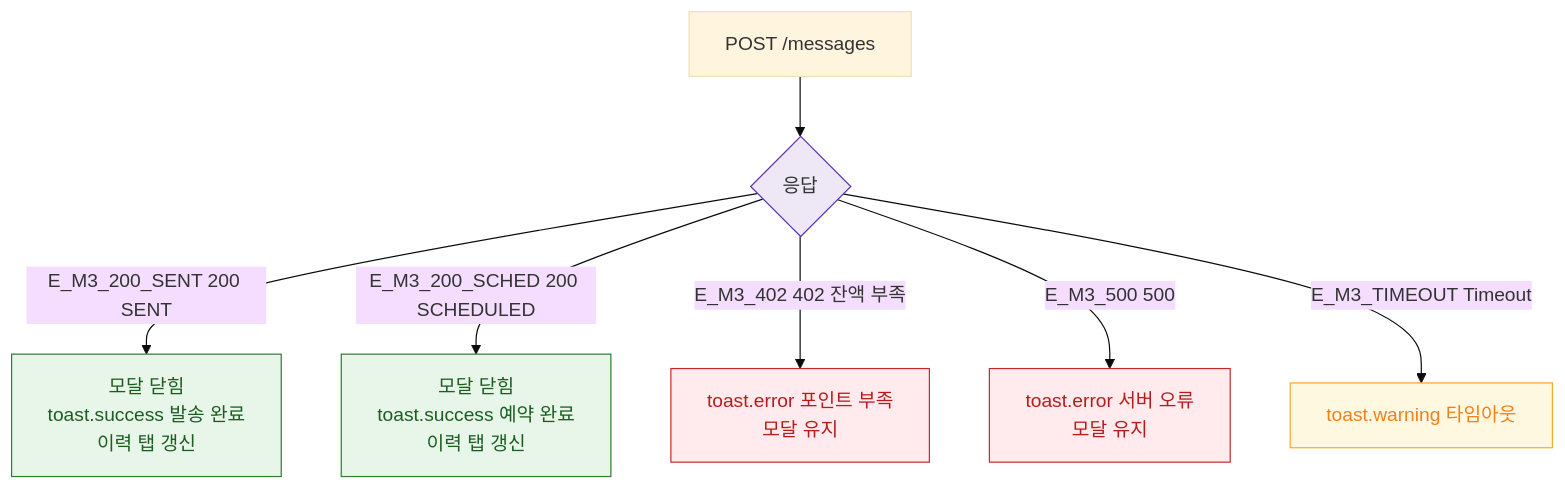
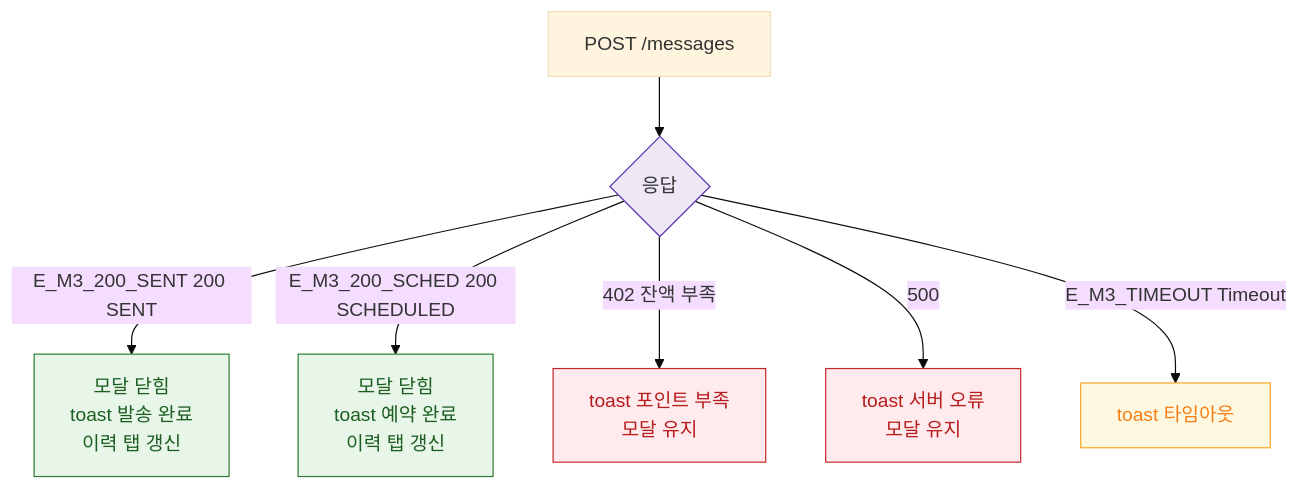
One commit to dev-spogym/admin-pando changed the diagram in docs/다이어그램/D08_마케팅/DLG/DLG-071-002_발송미리보기/M3_결과분기.md. Above: the diagram before and after it, drawn with Mermaid (base theme). The commit also changed other lines of this file and 1660 other files, not shown here.

First line of the commit message:
다이어그램: 기획자/클라이언트 납품본으로 정리

````diff
--- a/docs/다이어그램/D08_마케팅/DLG/DLG-071-002_발송미리보기/M3_결과분기.md
+++ b/docs/다이어그램/D08_마케팅/DLG/DLG-071-002_발송미리보기/M3_결과분기.md
@@ -14,19 +12,19 @@
 ```mermaid
 flowchart TD
   API[POST /messages] --> RESP{응답}
-  RESP -->|E_M3_200_SENT 200 SENT| OK_SENT[모달 닫힘\ntoast.success 발송 완료\n이력 탭 갱신]
-  RESP -->|E_M3_200_SCHED 200 SCHEDULED| OK_SCHED[모달 닫힘\ntoast.success 예약 완료\n이력 탭 갱신]
-  RESP -->|E_M3_402 402 잔액 부족| ERR_BAL[toast.error 포인트 부족\n모달 유지]
-  RESP -->|E_M3_500 500| ERR_SRV[toast.error 서버 오류\n모달 유지]
-  RESP -->|E_M3_TIMEOUT Timeout| ERR_TO[toast.warning 타임아웃]
+  RESP -->|E_M3_200_SENT 200 SENT|OK_SENT[모달 닫힘\ntoast 발송 완료\n이력 탭 갱신]
+  RESP -->|E_M3_200_SCHED 200 SCHEDULED|OK_SCHED[모달 닫힘\ntoast 예약 완료\n이력 탭 갱신]
+  RESP -->|402 잔액 부족|ERR_BAL[toast 포인트 부족\n모달 유지]
+  RESP -->|500|ERR_SRV[toast 서버 오류\n모달 유지]
+  RESP -->|E_M3_TIMEOUT Timeout|ERR_TO[toast 타임아웃]
 
-  classDef success     fill:#E8F5E9,stroke:#2E7D32,color:#1B5E20
-  classDef error       fill:#FFEBEE,stroke:#C62828,color:#B71C1C
-  classDef warning     fill:#FFF8E1,stroke:#F9A825,color:#F57F17
-  classDef system      fill:#EDE7F6,stroke:#5E35B2
+  classDef success fill:#E8F5E9,stroke:#2E7D32,color:#1B5E20
+  classDef error fill:#FFEBEE,stroke:#C62828,color:#B71C1C
+  classDef warning fill:#FFF8E1,stroke:#F9A825,color:#F57F17
+  classDef system fill:#EDE7F6,stroke:#5E35B2
 
   class OK_SENT,OK_SCHED success
   class ERR_BAL,ERR_SRV error
   class ERR_TO warning
   class RESP system
 ```
````
